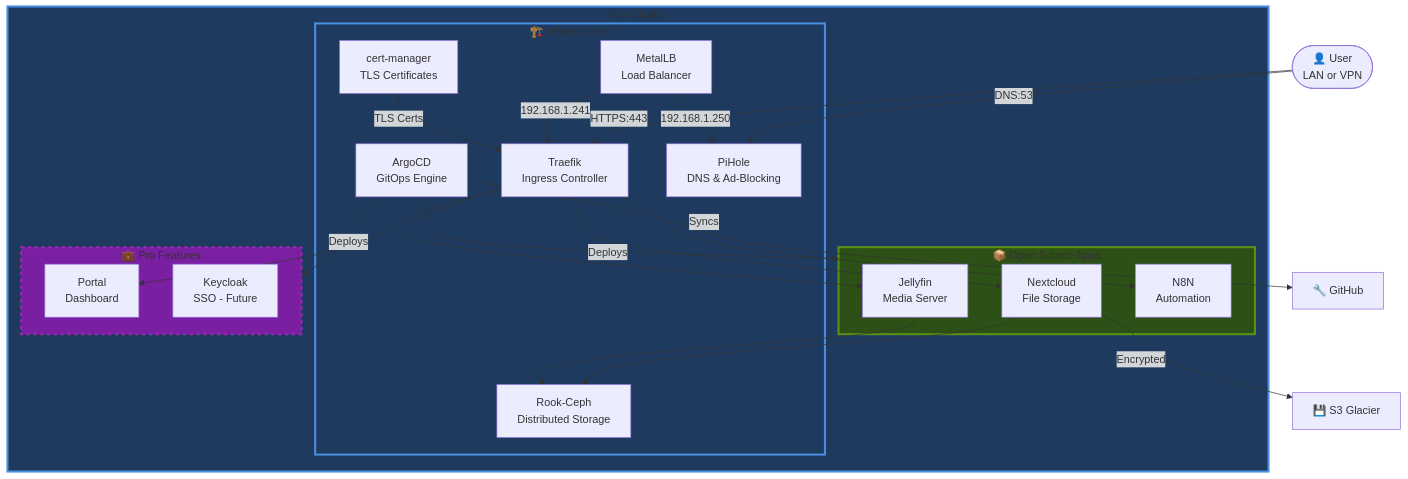
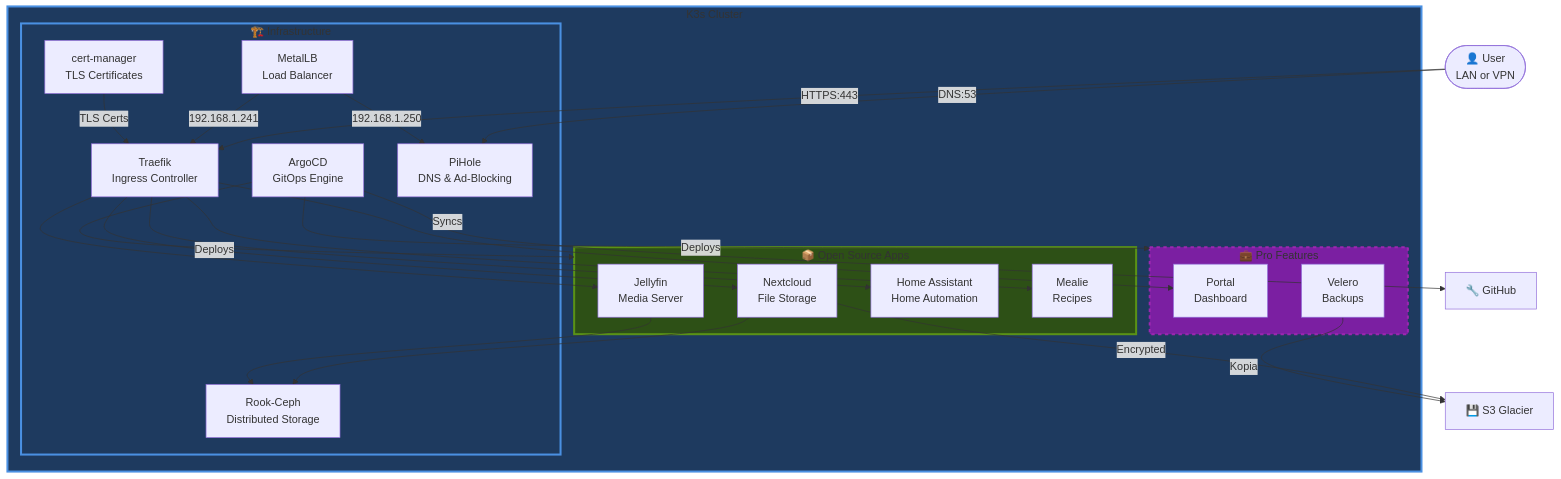
The second of 3 diagrams in docs/wiki/02-Architecture.md (seadogger-tech/seadogger-homelab), drawn with Mermaid before and after one commit. The commit also changed other lines of this file and 21 other files, not shown here.

````diff
--- a/docs/wiki/02-Architecture.md
+++ b/docs/wiki/02-Architecture.md
@@ -77,56 +77,59 @@
 ```mermaid
 graph TB
     User([👤 User<br/>LAN or VPN])
 
     subgraph K3s["K3s Cluster"]
         subgraph Infrastructure["🏗️ Infrastructure"]
             Traefik[Traefik<br/>Ingress Controller]
             MetalLB[MetalLB<br/>Load Balancer]
             Ceph[Rook-Ceph<br/>Distributed Storage]
             CertMgr[cert-manager<br/>TLS Certificates]
             ArgoCD[ArgoCD<br/>GitOps Engine]
             PiHole[PiHole<br/>DNS & Ad-Blocking]
         end
 
         subgraph Apps["📦 Open Source Apps"]
             Nextcloud[Nextcloud<br/>File Storage]
             Jellyfin[Jellyfin<br/>Media Server]
-            N8N[N8N<br/>Automation]
+            HA[Home Assistant<br/>Home Automation]
+            Mealie[Mealie<br/>Recipes]
         end
 
         subgraph Pro["💼 Pro Features"]
             Portal[Portal<br/>Dashboard]
-            Keycloak[Keycloak<br/>SSO - Future]
+            Velero[Velero<br/>Backups]
         end
     end
 
     GitHub[🔧 GitHub]
     S3[💾 S3 Glacier]
 
     User -->|HTTPS:443| Traefik
     User -->|DNS:53| PiHole
 
     Traefik --> Nextcloud
     Traefik --> Jellyfin
-    Traefik --> N8N
+    Traefik --> HA
+    Traefik --> Mealie
     Traefik --> Portal
 
     ArgoCD -->|Deploys| Apps
     ArgoCD -->|Deploys| Pro
     ArgoCD -->|Syncs| GitHub
 
     MetalLB -->|192.168.1.241| Traefik
     MetalLB -->|192.168.1.250| PiHole
 
     CertMgr -->|TLS Certs| Traefik
 
     Nextcloud --> Ceph
     Jellyfin --> Ceph
 
     Nextcloud -->|Encrypted| S3
+    Velero -->|Kopia| S3
 
     style Infrastructure fill:#1e3a5f,stroke:#4a90e2,stroke-width:3px
     style Apps fill:#2d5016,stroke:#5a9216,stroke-width:3px
     style Pro fill:#7b1fa2,stroke:#9c27b0,stroke-width:3px,stroke-dasharray: 5 5
     style K3s fill:#1e3a5f,stroke:#4a90e2,stroke-width:3px
 ```
````
